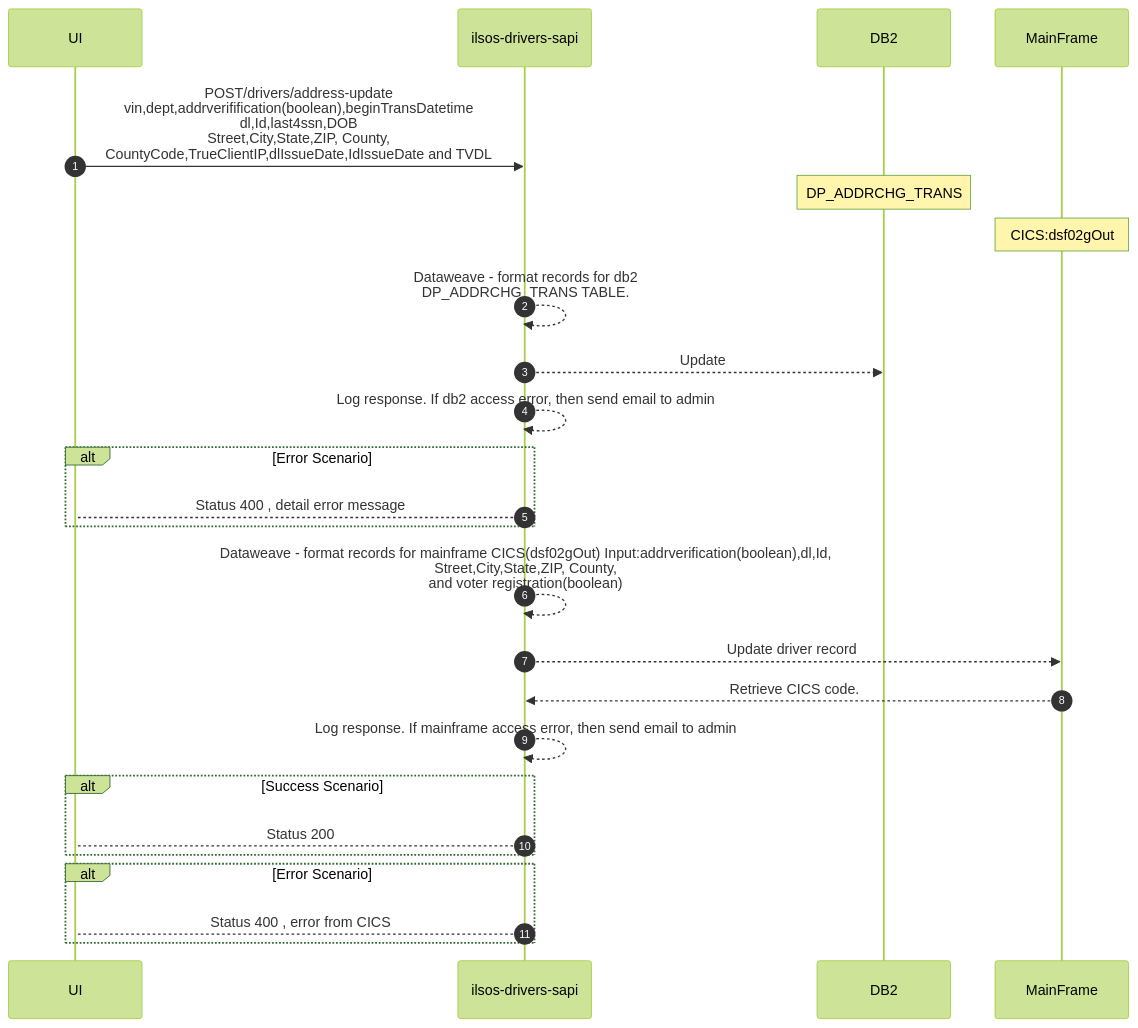
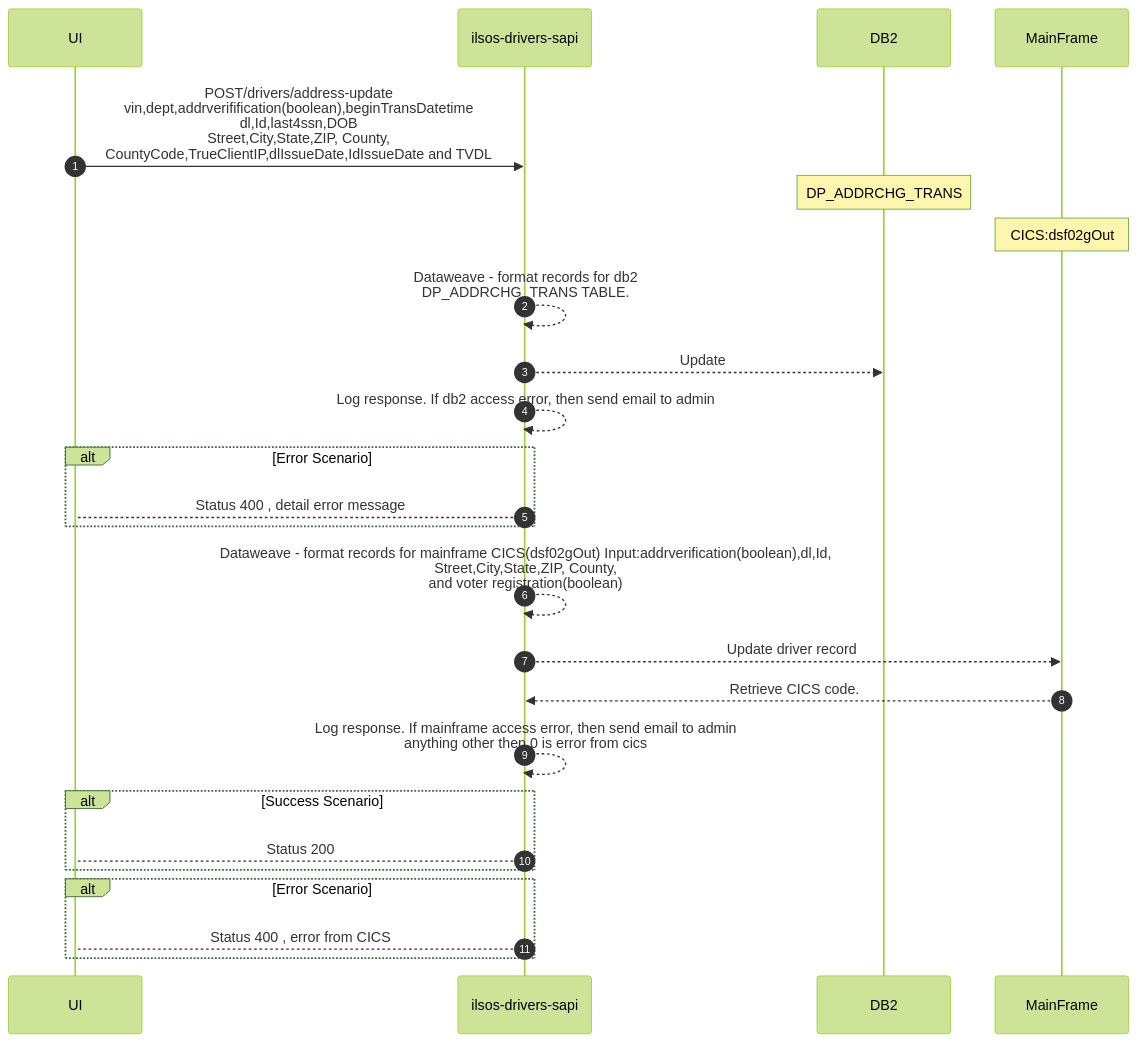
One commit to acme-devs/ilsos-drivers-sapi changed the first of 3 diagrams in README.md. Above: the diagram before and after it, drawn with Mermaid (forest theme).

````diff
--- a/README.md
+++ b/README.md
@@ -32,29 +32,29 @@
 ```mermaid
 sequenceDiagram
     autonumber
     participant ui as UI
     participant api as ilsos-drivers-sapi
     participant db2 as DB2
     participant mainframe as MainFrame
 
     ui->>api:POST/drivers/address-update <br>vin,dept,addrverifification(boolean),beginTransDatetime<br>dl,Id,last4ssn,DOB<br>Street,City,State,ZIP, County,<br>CountyCode,TrueClientIP,dlIssueDate,IdIssueDate and TVDL
 
     note over db2:DP_ADDRCHG_TRANS
     note over mainframe:CICS:dsf02gOut
     api-->>api:Dataweave - format records for db2<BR> DP_ADDRCHG_TRANS TABLE.
     api-->>db2:Update
     api-->>api:Log response. If db2 access error, then send email to admin
     alt Error Scenario 
         api-->ui: Status 400 , detail error message
     end
     api-->>api:Dataweave - format records for mainframe CICS(dsf02gOut) Input:addrverification(boolean),dl,Id,<br>Street,City,State,ZIP, County,<br>and voter registration(boolean)
     api-->>mainframe:Update driver record
     mainframe-->>api:Retrieve CICS code.
-    api-->>api:Log response. If mainframe access error, then send email to admin
+    api-->>api:Log response. If mainframe access error, then send email to admin<br>anything other then 0 is error from cics
     alt Success Scenario 
         api-->ui: Status 200 
     end
     alt Error Scenario 
         api-->ui: Status 400 , error from CICS
     end
   ```
````
